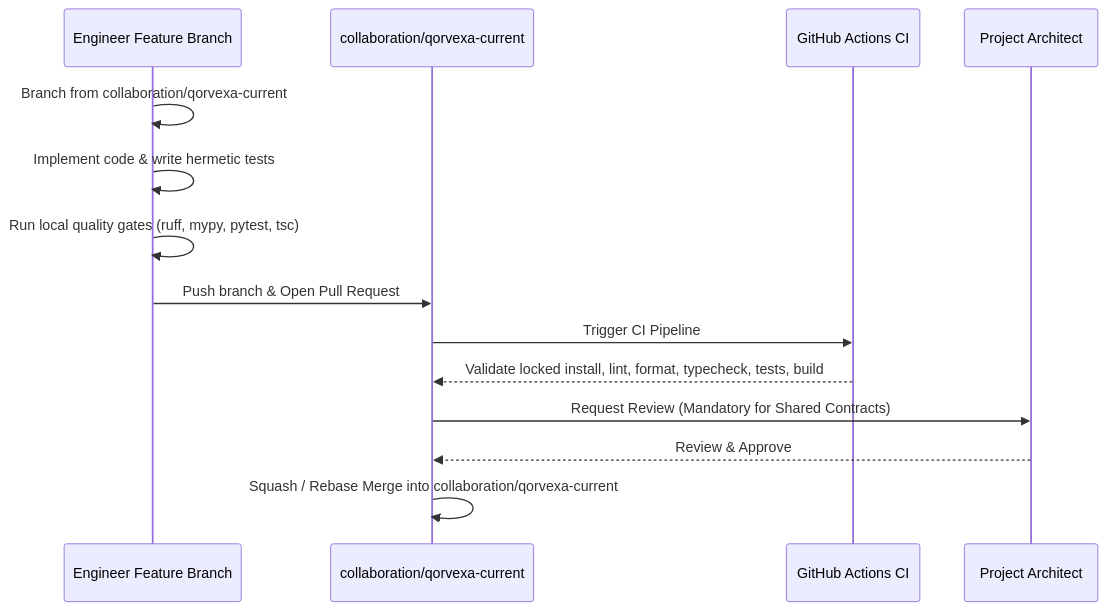
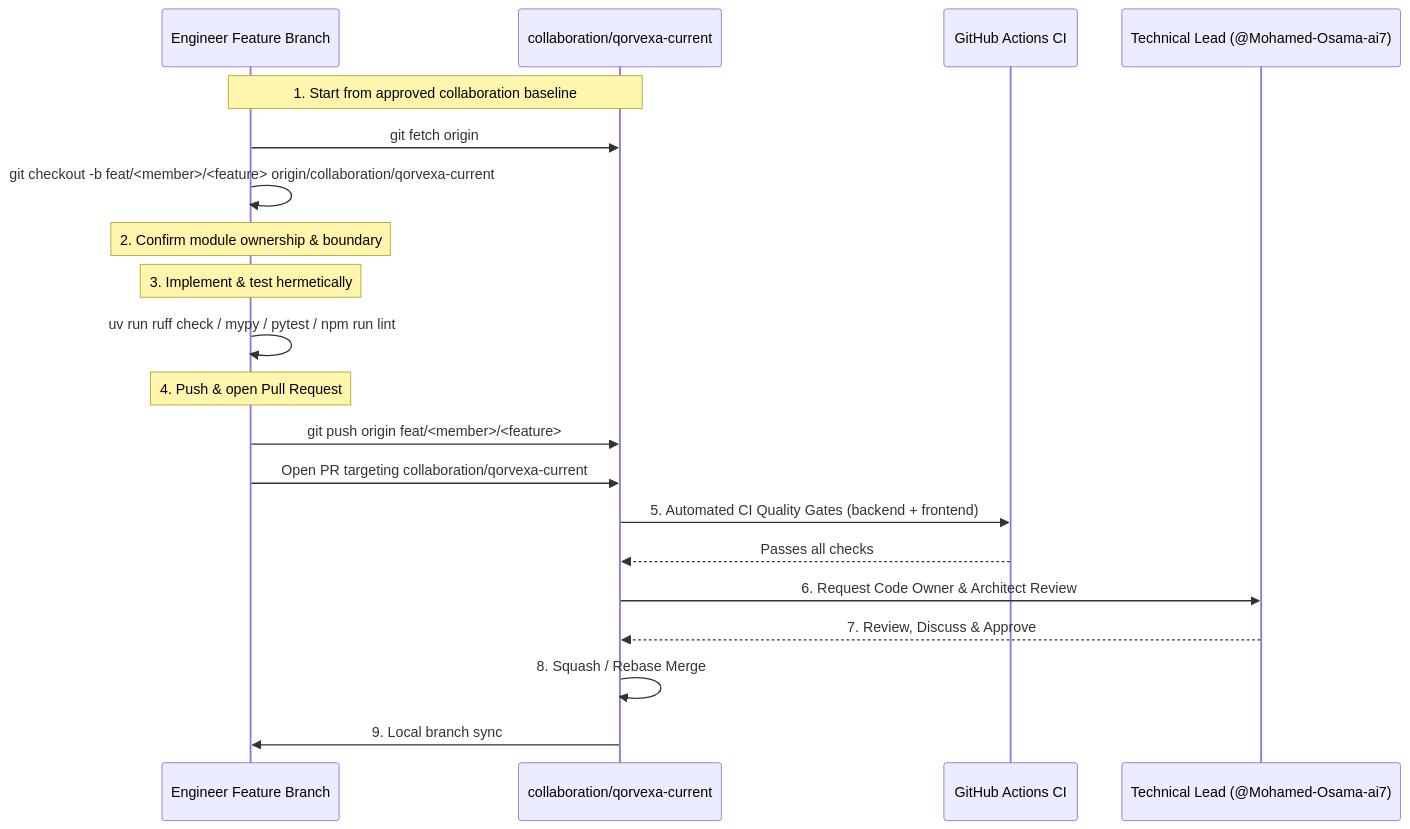
Before and after one commit to Mohamed-Osama-ai7/QORVEXA: the diagram in docs/qorvexa/DEVELOPMENT_WORKFLOW.md, drawn with Mermaid. The commit also changed other lines of this file and 12 other files, not shown here.

````diff
--- a/docs/qorvexa/DEVELOPMENT_WORKFLOW.md
+++ b/docs/qorvexa/DEVELOPMENT_WORKFLOW.md
@@ -57,17 +77,23 @@
 ```mermaid
 sequenceDiagram
     participant Dev as Engineer Feature Branch
     participant Collab as collaboration/qorvexa-current
     participant CI as GitHub Actions CI
-    participant Arch as Project Architect
+    participant Lead as Technical Lead (@Mohamed-Osama-ai7)
 
-    Dev->>Dev: Branch from collaboration/qorvexa-current
-    Dev->>Dev: Implement code & write hermetic tests
-    Dev->>Dev: Run local quality gates (ruff, mypy, pytest, tsc)
-    Dev->>Collab: Push branch & Open Pull Request
-    Collab->>CI: Trigger CI Pipeline
-    CI-->>Collab: Validate locked install, lint, format, typecheck, tests, build
-    Collab->>Arch: Request Review (Mandatory for Shared Contracts)
-    Arch-->>Collab: Review & Approve
-    Collab->>Collab: Squash / Rebase Merge into collaboration/qorvexa-current
+    Note over Dev,Collab: 1. Start from approved collaboration baseline
+    Dev->>Collab: git fetch origin
+    Dev->>Dev: git checkout -b feat/<member>/<feature> origin/collaboration/qorvexa-current
+    Note over Dev: 2. Confirm module ownership & boundary
+    Note over Dev: 3. Implement & test hermetically
+    Dev->>Dev: uv run ruff check / mypy / pytest / npm run lint
+    Note over Dev: 4. Push & open Pull Request
+    Dev->>Collab: git push origin feat/<member>/<feature>
+    Dev->>Collab: Open PR targeting collaboration/qorvexa-current
+    Collab->>CI: 5. Automated CI Quality Gates (backend + frontend)
+    CI-->>Collab: Passes all checks
+    Collab->>Lead: 6. Request Code Owner & Architect Review
+    Lead-->>Collab: 7. Review, Discuss & Approve
+    Collab->>Collab: 8. Squash / Rebase Merge
+    Collab->>Dev: 9. Local branch sync
 ```
````
